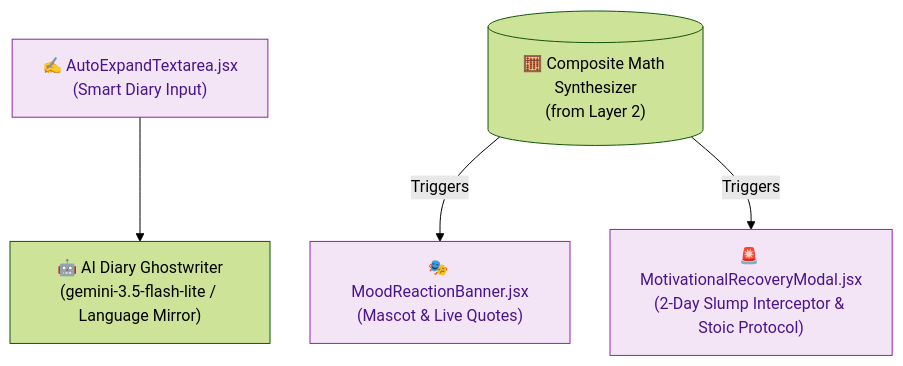
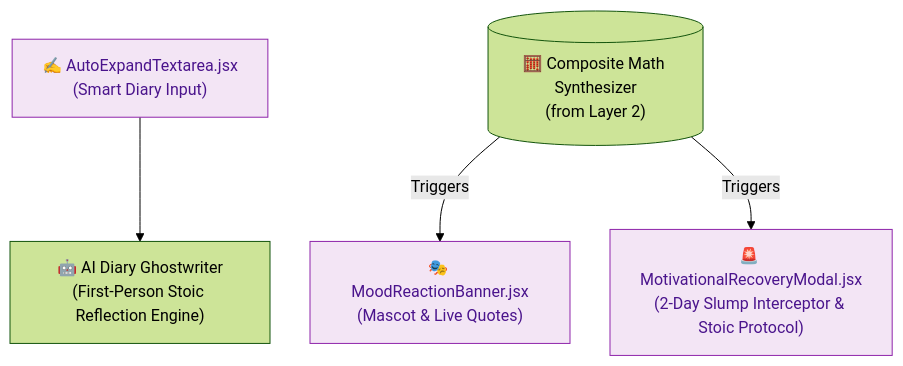
The fourth of 9 diagrams in README.md (TRINNO112/shit-or-hit), drawn with Mermaid (forest theme) before and after one commit. The commit also changed other lines of this file, not shown here.

````diff
--- a/README.md
+++ b/README.md
@@ -105,19 +105,19 @@
 ```mermaid
 %%{init: {'flowchart': {'nodeSpacing': 40, 'rankSpacing': 60, 'curve': 'basis'}}}%%
 flowchart TD
     AutoTextarea["✍️ AutoExpandTextarea.jsx<br/>(Smart Diary Input)"]
-    GeminiGhostwriter["🤖 AI Diary Ghostwriter<br/>(gemini-3.5-flash-lite / Language Mirror)"]
+    AiGhostwriter["🤖 AI Diary Ghostwriter<br/>(First-Person Stoic Reflection Engine)"]
     ReactionBanner["🎭 MoodReactionBanner.jsx<br/>(Mascot & Live Quotes)"]
     RecoveryModal["🚨 MotivationalRecoveryModal.jsx<br/>(2-Day Slump Interceptor & Stoic Protocol)"]
     CompositeMathLayer2[("🧮 Composite Math Synthesizer<br/>(from Layer 2)")]
 
-    AutoTextarea --> GeminiGhostwriter
+    AutoTextarea --> AiGhostwriter
     CompositeMathLayer2 -->|Triggers| ReactionBanner
     CompositeMathLayer2 -->|Triggers| RecoveryModal
     ReactionBanner
     RecoveryModal
 
     classDef l3 fill:#F3E5F5,stroke:#8E24AA,color:#4A148C
     class AutoTextarea,ReactionBanner,RecoveryModal l3
-    class GeminiGhostwriter ai
+    class AiGhostwriter ai
 ```
````
